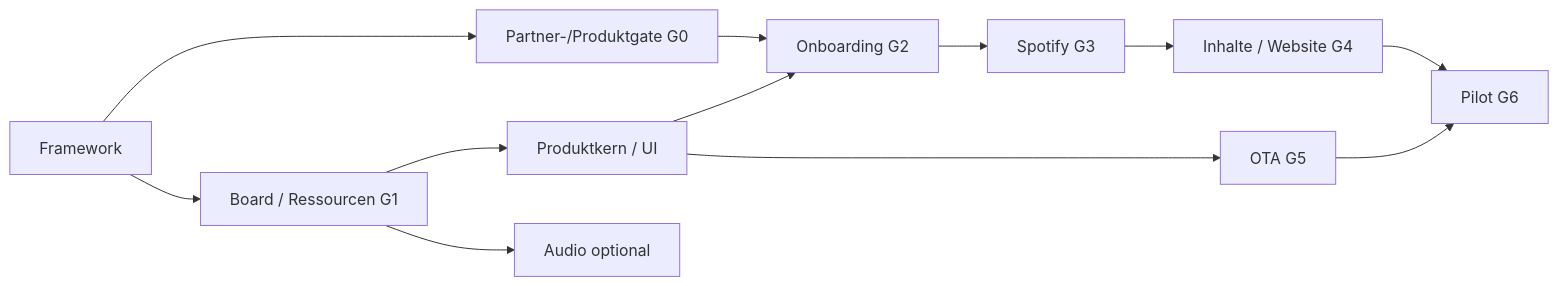
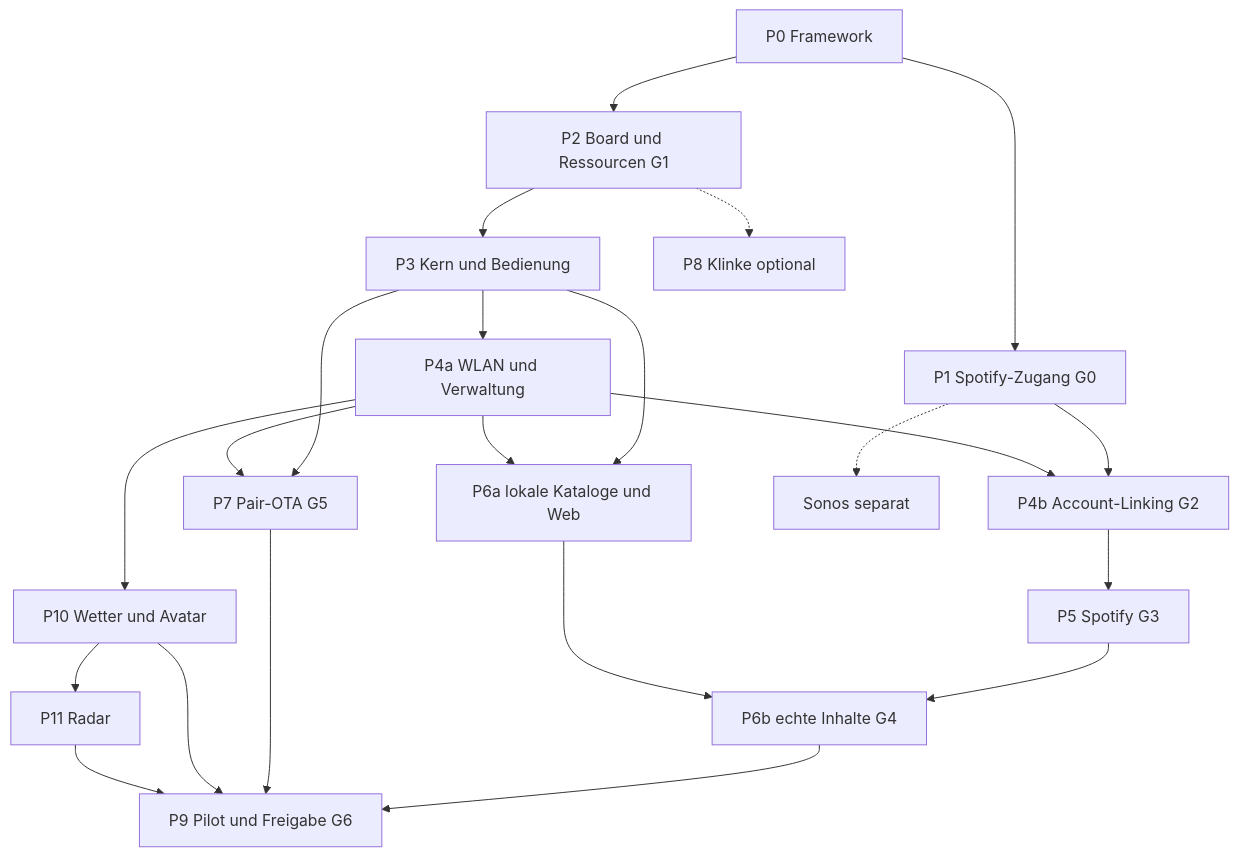
The diagram in docs/08-IMPLEMENTIERUNGSPLAN.md (passion-wave/Passion-Wave-rotaryknob-spotify), drawn with Mermaid before and after one commit. The commit also changed other lines of this file and 13 other files, not shown here.

````diff
--- a/docs/08-IMPLEMENTIERUNGSPLAN.md
+++ b/docs/08-IMPLEMENTIERUNGSPLAN.md
@@ -113,14 +41,24 @@
 ```mermaid
-flowchart LR
-  P0[Framework] --> P1[Partner-/Produktgate G0]
-  P0 --> P2[Board / Ressourcen G1]
-  P2 --> P3[Produktkern / UI]
-  P3 --> P4[Onboarding G2]
-  P1 --> P4
-  P4 --> P5[Spotify G3]
-  P5 --> P6[Inhalte / Website G4]
-  P3 --> P7[OTA G5]
-  P2 --> P8[Audio optional]
-  P6 --> P9[Pilot G6]
+flowchart TD
+  P0[P0 Framework] --> P1[P1 Spotify-Zugang G0]
+  P0 --> P2[P2 Board und Ressourcen G1]
+  P2 --> P3[P3 Kern und Bedienung]
+  P3 --> P4A[P4a WLAN und Verwaltung]
+  P3 --> P6A[P6a lokale Kataloge und Web]
+  P3 --> P7[P7 Pair-OTA G5]
+  P4A --> P7
+  P4A --> P6A
+  P1 --> P4B[P4b Account-Linking G2]
+  P4A --> P4B
+  P4B --> P5[P5 Spotify G3]
+  P5 --> P6B[P6b echte Inhalte G4]
+  P6A --> P6B
+  P4A --> P10[P10 Wetter und Avatar]
+  P10 --> P11[P11 Radar]
+  P6B --> P9[P9 Pilot und Freigabe G6]
   P7 --> P9
+  P10 --> P9
+  P11 --> P9
+  P2 -.-> P8[P8 Klinke optional]
+  P1 -.-> S[Sonos separat]
 ```
````
